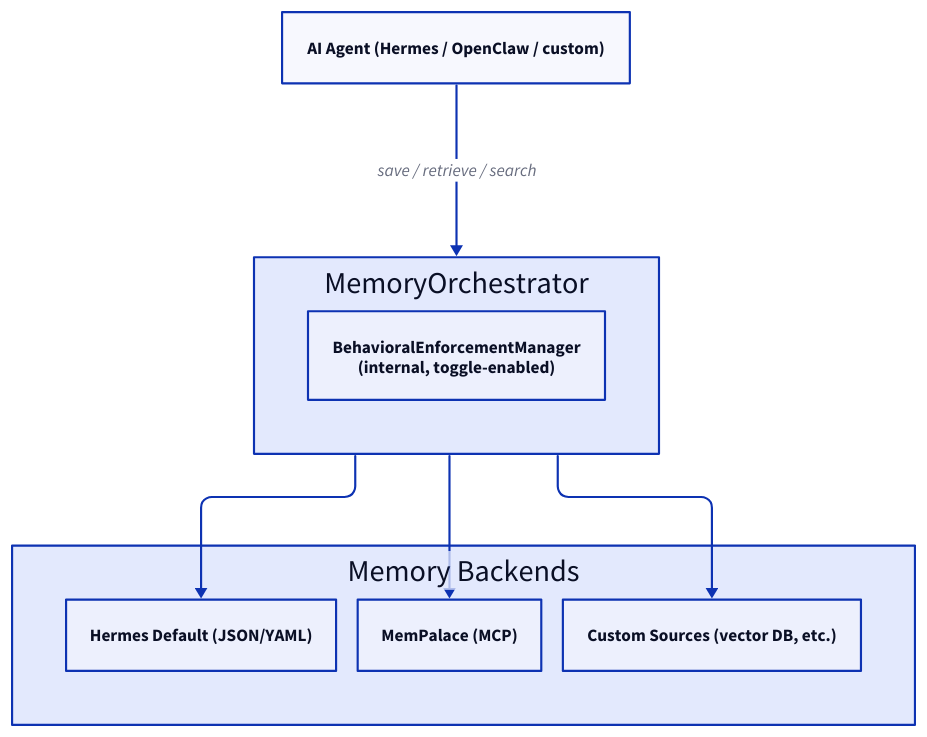
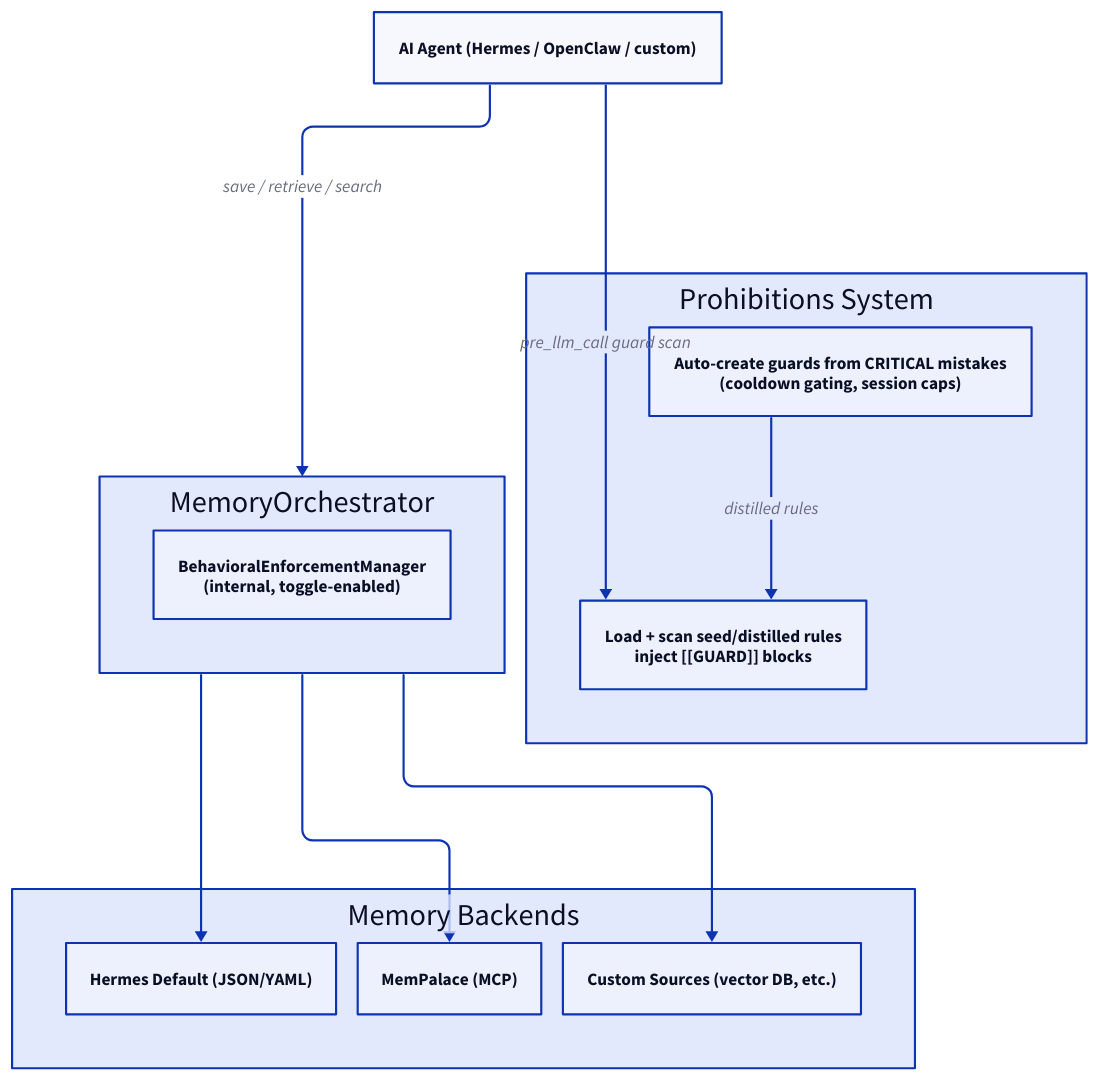
Before and after one commit to BuboTheWise/MemChorus: the diagram in diagrams/architecture.d2, drawn with D2. The commit also changed 4 other files, not shown here.

First line of the commit message:
docs: sync architecture docs + config with v2.0 prohibitions guard system (#109)

```diff
--- a/diagrams/architecture.d2
+++ b/diagrams/architecture.d2
@@ -1,22 +1,29 @@
 vars: {
   d2-config: {
     layout-engine: elk
   }
 }
 
 direction: down
 
 AI Agent (Hermes / OpenClaw / custom)
 
 MemoryOrchestrator._bem: "BehavioralEnforcementManager\n(internal, toggle-enabled)"
 
+prohibitions: Prohibitions System {
+  "ProhibitionsManager": "Load + scan seed/distilled rules\ninject [[GUARD]] blocks"
+  "ProhibitionDistiller": "Auto-create guards from CRITICAL mistakes\n(cooldown gating, session caps)"
+}
+
 backends: Memory Backends {
   "Hermes Default (JSON/YAML)"
   "MemPalace (MCP)"
   "Custom Sources (vector DB, etc.)"
 }
 
 AI Agent* -> MemoryOrchestrator: save / retrieve / search
 MemoryOrchestrator -> backends."Hermes Default (JSON/YAML)"
 MemoryOrchestrator -> backends."MemPalace (MCP)"
 MemoryOrchestrator -> backends."Custom Sources (vector DB, etc.)"
+AI Agent* -> prohibitions."ProhibitionsManager": pre_llm_call guard scan
+prohibitions."ProhibitionDistiller" -> prohibitions."ProhibitionsManager": distilled rules
```
